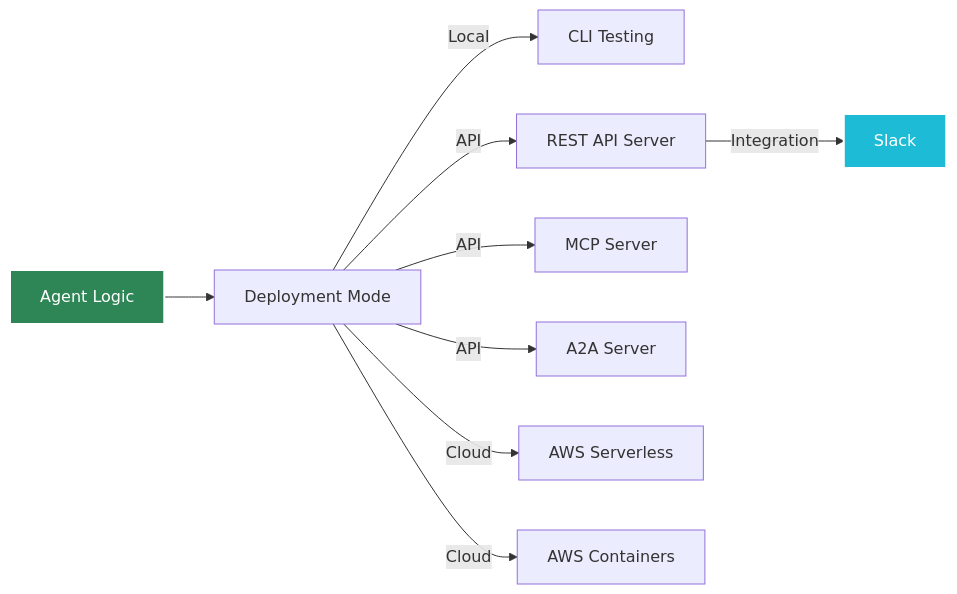
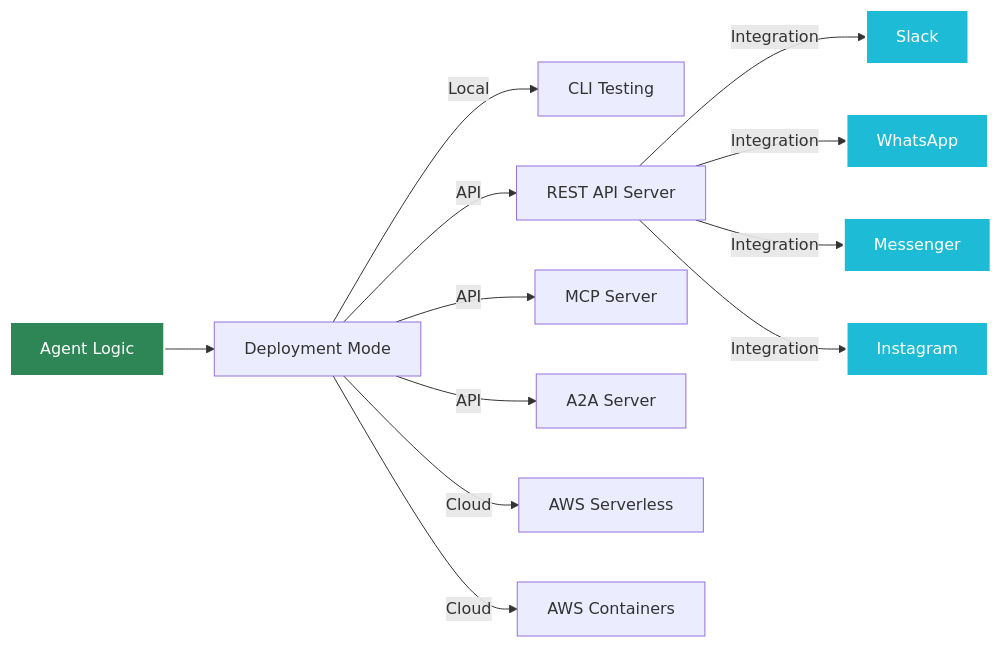
The second of 2 diagrams in docs/docs/intro.md (yaalalabs/agent-kernel), drawn with Mermaid before and after one commit. The commit also changed other lines of this file, not shown here.

````diff
--- a/docs/docs/intro.md
+++ b/docs/docs/intro.md
@@ -86,16 +106,19 @@
 ```mermaid
 ---
 config:
   layout: dagre
   elk: true
 ---
 flowchart LR
     A["Agent Logic"] --> B["Deployment Mode"]
     B -- Local --> C["CLI Testing"]
     B -- API --> D["REST API Server"] & G["MCP Server"] & H["A2A Server"]
     B -- Cloud --> E["AWS Serverless"] & F["AWS Containers"]
-    D -- Integration --> I["Slack"]
+    D -- Integration --> I["Slack"] & J["WhatsApp"] & K["Messenger"] & M["Instagram"]
 
     style A fill:#2e8555,stroke:#fff,stroke-width:2px,color:#fff
     style I fill:#1ebbd7,stroke:#fff,stroke-width:2px,color:#fff
+    style J fill:#1ebbd7,stroke:#fff,stroke-width:2px,color:#fff
+    style K fill:#1ebbd7,stroke:#fff,stroke-width:2px,color:#fff
+    style M fill:#1ebbd7,stroke:#fff,stroke-width:2px,color:#fff
 ```
````
